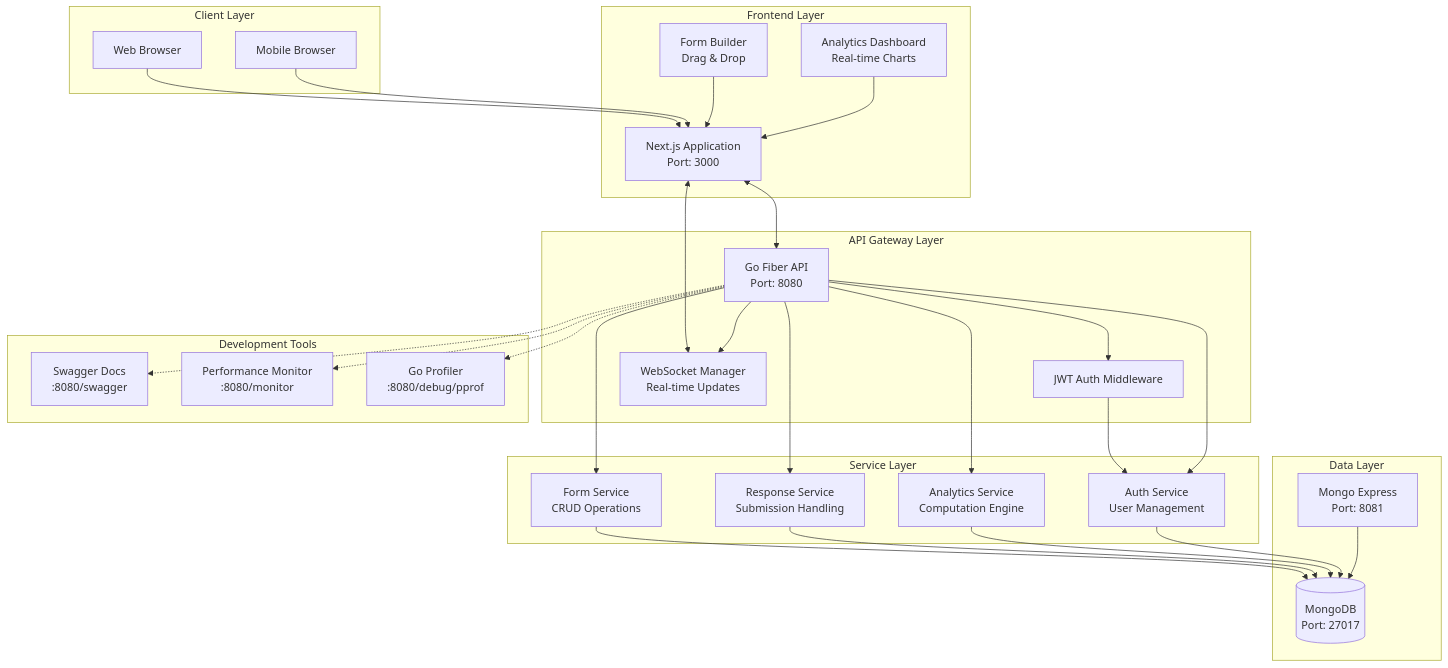
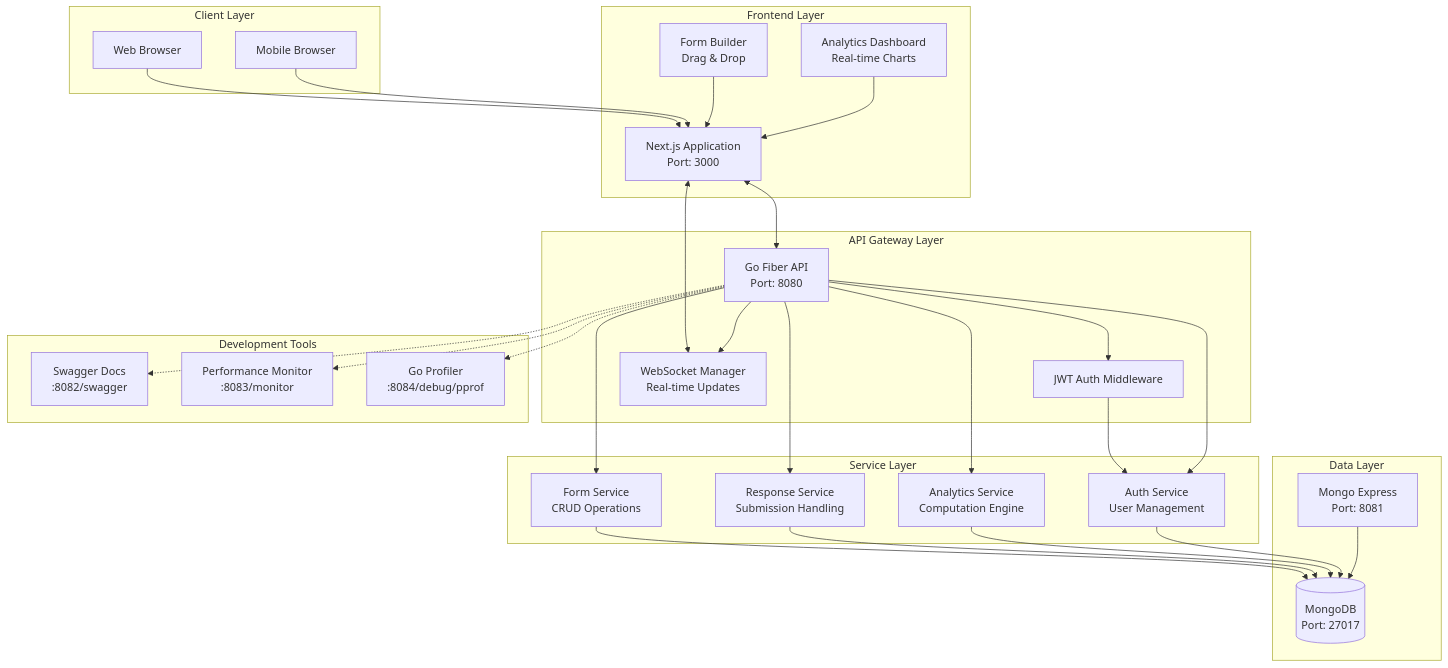
One commit to tabrezdn1/dune-form-analytics changed the diagram in README.md. Above: the diagram before and after it, drawn with Mermaid. The commit also changed other lines of this file and 7 other files, not shown here.

````diff
--- a/README.md
+++ b/README.md
@@ -84,70 +83,70 @@
 ```mermaid
 flowchart TB
     subgraph "Client Layer"
         browser[Web Browser]
         mobile[Mobile Browser]
     end
     
     subgraph "Frontend Layer"
         nextjs[Next.js Application<br/>Port: 3000]
         builder[Form Builder<br/>Drag & Drop]
         dashboard[Analytics Dashboard<br/>Real-time Charts]
     end
     
     subgraph "API Gateway Layer"
         api[Go Fiber API<br/>Port: 8080]
         auth[JWT Auth Middleware]
         ws[WebSocket Manager<br/>Real-time Updates]
     end
     
     subgraph "Service Layer"
         formSvc[Form Service<br/>CRUD Operations]
         respSvc[Response Service<br/>Submission Handling]
         analyticsSvc[Analytics Service<br/>Computation Engine]
         authSvc[Auth Service<br/>User Management]
     end
     
     subgraph "Data Layer"
         mongo[(MongoDB<br/>Port: 27017)]
         mongoUI[Mongo Express<br/>Port: 8081]
     end
     
     subgraph "Development Tools"
-        swagger[Swagger Docs<br/>:8080/swagger]
-        monitor[Performance Monitor<br/>:8080/monitor]
-        profiler[Go Profiler<br/>:8080/debug/pprof]
+        swagger[Swagger Docs<br/>:8082/swagger]
+        monitor[Performance Monitor<br/>:8083/monitor]
+        profiler[Go Profiler<br/>:8084/debug/pprof]
     end
     
     %% Client connections
     browser --> nextjs
     mobile --> nextjs
     
     %% Frontend to API
     nextjs <--> api
     nextjs <--> ws
     builder --> nextjs
     dashboard --> nextjs
     
     %% API routing
     api --> auth
     api --> ws
     auth --> authSvc
     
     %% Service connections
     api --> formSvc
     api --> respSvc
     api --> analyticsSvc
     api --> authSvc
     
     %% Data connections
     formSvc --> mongo
     respSvc --> mongo
     analyticsSvc --> mongo
     authSvc --> mongo
     mongoUI --> mongo
     
     %% Development connections (dashed for optional)
     api -.-> swagger
     api -.-> monitor
     api -.-> profiler
 ```
````
